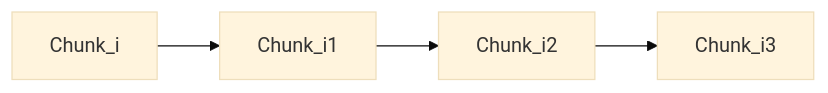
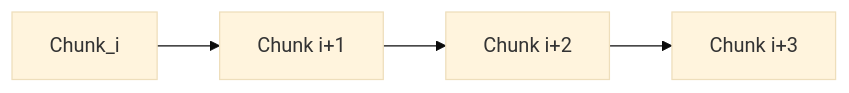
Before and after one commit to vanshksingh/Thread-RAG: the eighth of 19 diagrams in README.md, drawn with Mermaid (base theme). The commit also changed other lines of this file, not shown here.

First line of the commit message:
Revise THREAD-RAG architecture details in README

````diff
--- a/README.md
+++ b/README.md
@@ -158,4 +173,4 @@
 ```mermaid
 flowchart LR
-Chunk_i --> Chunk_i1 --> Chunk_i2 --> Chunk_i3
+Chunk_i --> Chunk_i1["Chunk i+1"] --> Chunk_i2["Chunk i+2"] --> Chunk_i3["Chunk i+3"]
 ```
````
